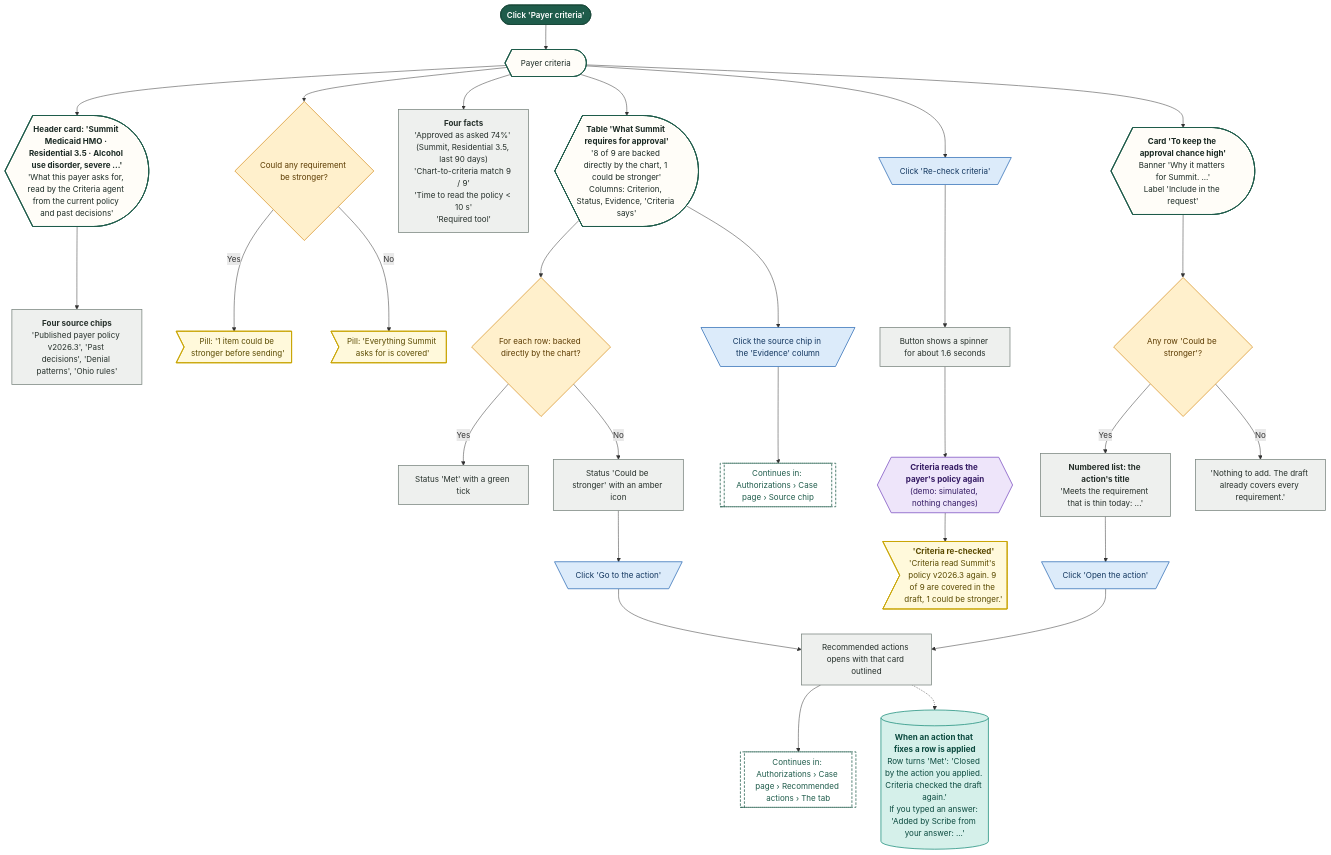
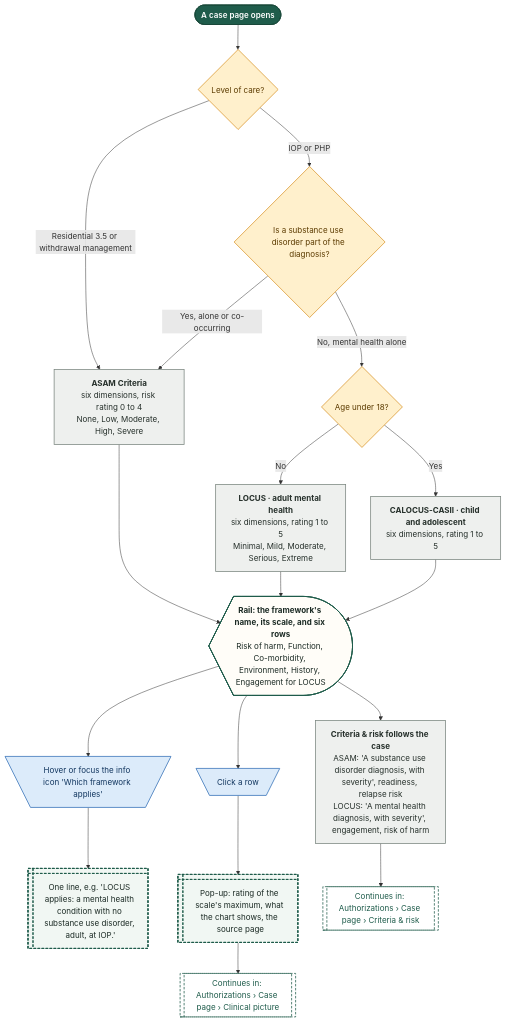
Diagram 27 of 34 in demos/prior-auth-demo/workflows/out/md/03-authorizations.md (Shrav143/psyfloapp), drawn with Mermaid before and after one commit. The commit also changed other lines of this file and 202 other files, not shown here.

First line of the commit message:
docs: round 6 README, CONVENTIONS, spec section 17, diagram module blurbs and 336 rebuilt diagrams

````diff
--- a/demos/prior-auth-demo/workflows/out/md/03-authorizations.md
+++ b/demos/prior-auth-demo/workflows/out/md/03-authorizations.md
@@ -2078,70 +2144,55 @@
 ```mermaid
 %%{init: {"theme":"base","themeVariables":{"fontFamily":"'DM Sans', 'Segoe UI', system-ui, sans-serif","fontSize":"15px","lineColor":"#5B6B63","primaryTextColor":"#1C2B25","clusterBkg":"#FBF8F3","clusterBorder":"#D9CDBB","edgeLabelBackground":"#FFFFFF"},"flowchart":{"curve":"basis","nodeSpacing":36,"rankSpacing":48,"padding":12,"htmlLabels":true,"useMaxWidth":false,"wrappingWidth":230}} }%%
 flowchart TD
   classDef k_start fill:#1F5C4B,stroke:#174638,color:#FFFFFF,stroke-width:1.5px,font-weight:600
   classDef k_end fill:#DDEFE3,stroke:#2E7D4F,color:#14502F,stroke-width:1.5px,font-weight:600
   classDef k_endx fill:#FBE3E0,stroke:#C0392B,color:#7A1F16,stroke-width:1.5px,font-weight:600
   classDef k_screen fill:#FFFDF8,stroke:#1F5C4B,color:#1C2B25,stroke-width:2px
   classDef k_overlay fill:#F1F7F3,stroke:#1F5C4B,color:#1C2B25,stroke-width:2px,stroke-dasharray:5 3
   classDef k_click fill:#DCEBFA,stroke:#2F6DB5,color:#12365F,stroke-width:1.5px
   classDef k_input fill:#E4E7FF,stroke:#4C5FD5,color:#1D2670,stroke-width:1.5px
   classDef k_process fill:#EEF0EE,stroke:#7A857F,color:#26302B,stroke-width:1.5px
   classDef k_agent fill:#EEE5FA,stroke:#7A4FC2,color:#341A63,stroke-width:1.5px
   classDef k_decision fill:#FFF0CC,stroke:#D9962B,color:#5C3B00,stroke-width:1.5px
   classDef k_store fill:#D5F0EA,stroke:#1C8E7B,color:#0B4A3F,stroke-width:1.5px
   classDef k_doc fill:#F6E9DC,stroke:#B07A4C,color:#4A2E14,stroke-width:1.5px
   classDef k_ext fill:#FFE6D2,stroke:#E07B39,color:#6B2F06,stroke-width:1.5px
   classDef k_wait fill:#E4E8EE,stroke:#6B7C93,color:#26303D,stroke-width:1.5px
   classDef k_toast fill:#FFF9DB,stroke:#C9A400,color:#5A4A00,stroke-width:1.5px
   classDef k_goto fill:#FFFFFF,stroke:#1F5C4B,color:#1F5C4B,stroke-width:1.5px,stroke-dasharray:5 3
-  s1@{ shape: stadium, label: "Click 'Payer criteria'" }
-  pc@{ shape: curv-trap, label: "Payer criteria" }
-  hd@{ shape: curv-trap, label: "<b>Header card: 'Summit Medicaid HMO · Residential 3.5 · Alcohol use disorder, severe ...'</b><br/>'What this payer asks for, read by the Criteria agent from the current policy and past decisions'" }
-  ch@{ shape: rect, label: "<b>Four source chips</b><br/>'Published payer policy v2026.3', 'Past decisions', 'Denial patterns', 'Ohio rules'" }
-  dO@{ shape: diam, label: "Could any requirement be stronger?" }
-  p1@{ shape: odd, label: "Pill: '1 item could be stronger before sending'" }
-  p2@{ shape: odd, label: "Pill: 'Everything Summit asks for is covered'" }
-  fc@{ shape: rect, label: "<b>Four facts</b><br/>'Approved as asked 74%' (Summit, Residential 3.5, last 90 days)<br/>'Chart-to-criteria match 9 / 9'<br/>'Time to read the policy < 10 s'<br/>'Required tool'" }
-  tb@{ shape: curv-trap, label: "<b>Table 'What Summit requires for approval'</b><br/>'8 of 9 are backed directly by the chart, 1 could be stronger'<br/>Columns: Criterion, Status, Evidence, 'Criteria says'" }
-  dR@{ shape: diam, label: "For each row: backed directly by the chart?" }
-  met@{ shape: rect, label: "Status 'Met' with a green tick" }
-  weak@{ shape: rect, label: "Status 'Could be stronger' with an amber icon" }
-  ga@{ shape: trap-t, label: "Click 'Go to the action'" }
-  dl@{ shape: rect, label: "Recommended actions opens with that card outlined" }
-  ev@{ shape: trap-t, label: "Click the source chip in the 'Evidence' column" }
-  rc@{ shape: trap-t, label: "Click 'Re-check criteria'" }
-  bz@{ shape: rect, label: "Button shows a spinner for about 1.6 seconds" }
-  cr@{ shape: hex, label: "<b>Criteria reads the payer's policy again</b><br/>(demo: simulated, nothing changes)" }
-  tr@{ shape: odd, label: "<b>'Criteria re-checked'</b><br/>'Criteria read Summit's policy v2026.3 again. 9 of 9 are covered in the draft, 1 could be stronger.'" }
-  kh@{ shape: curv-trap, label: "<b>Card 'To keep the approval chance high'</b><br/>Banner 'Why it matters for Summit. ...'<br/>Label 'Include in the request'" }
-  dN@{ shape: diam, label: "Any row 'Could be stronger'?" }
-  li@{ shape: rect, label: "<b>Numbered list: the action's title</b><br/>'Meets the requirement that is thin today: ...'" }
-  oa@{ shape: trap-t, label: "Click 'Open the action'" }
-  no@{ shape: rect, label: "'Nothing to add. The draft already covers every requirement.'" }
-  ap@{ shape: cyl, label: "<b>When an action that fixes a row is applied</b><br/>Row turns 'Met': 'Closed by the action you applied. Criteria checked the draft again.'<br/>If you typed an answer: 'Added by Scribe from your answer: ...'" }
-  g1@{ shape: subproc, label: "Continues in: Authorizations › Case page › Source chip" }
-  g2@{ shape: subproc, label: "Continues in: Authorizations › Case page › Recommended actions › The tab" }
-  s1 --> pc --> hd --> ch
-  pc --> dO
-  dO -->|"Yes"| p1
-  dO -->|"No"| p2
-  pc --> fc
-  pc --> tb --> dR
-  dR -->|"Yes"| met
-  dR -->|"No"| weak --> ga --> dl --> g2
-  tb --> ev --> g1
-  pc --> rc --> bz --> cr --> tr
-  pc --> kh --> dN
-  dN -->|"Yes"| li --> oa --> dl
-  dN -->|"No"| no
-  dl -.-> ap
+  s1@{ shape: stadium, label: "A case page opens" }
+  d1@{ shape: diam, label: "Level of care?" }
+  d2@{ shape: diam, label: "Is a substance use disorder part of the diagnosis?" }
+  d3@{ shape: diam, label: "Age under 18?" }
+  as@{ shape: rect, label: "<b>ASAM Criteria</b><br/>six dimensions, risk rating 0 to 4<br/>None, Low, Moderate, High, Severe" }
+  lo@{ shape: rect, label: "<b>LOCUS · adult mental health</b><br/>six dimensions, rating 1 to 5<br/>Minimal, Mild, Moderate, Serious, Extreme" }
+  ca@{ shape: rect, label: "<b>CALOCUS-CASII · child and adolescent</b><br/>six dimensions, rating 1 to 5" }
+  rl@{ shape: curv-trap, label: "<b>Rail: the framework's name, its scale, and six rows</b><br/>Risk of harm, Function, Co-morbidity, Environment, History, Engagement for LOCUS" }
+  it@{ shape: trap-t, label: "Hover or focus the info icon 'Which framework applies'" }
+  why@{ shape: win-pane, label: "One line, e.g. 'LOCUS applies: a mental health condition with no substance use disorder, adult, at IOP.'" }
+  row@{ shape: trap-t, label: "Click a row" }
+  pop@{ shape: win-pane, label: "Pop-up: rating of the scale's maximum, what the chart shows, the source page" }
+  cr@{ shape: rect, label: "<b>Criteria & risk follows the case</b><br/>ASAM: 'A substance use disorder diagnosis, with severity', readiness, relapse risk<br/>LOCUS: 'A mental health diagnosis, with severity', engagement, risk of harm" }
+  g1@{ shape: subproc, label: "Continues in: Authorizations › Case page › Criteria & risk" }
+  g2@{ shape: subproc, label: "Continues in: Authorizations › Case page › Clinical picture" }
+  s1 --> d1
+  d1 -->|"Residential 3.5 or withdrawal management"| as
+  d1 -->|"IOP or PHP"| d2
+  d2 -->|"Yes, alone or co-occurring"| as
+  d2 -->|"No, mental health alone"| d3
+  d3 -->|"No"| lo
+  d3 -->|"Yes"| ca
+  as --> rl
+  lo --> rl
+  ca --> rl
+  rl --> it --> why
+  rl --> row --> pop --> g2
+  rl --> cr --> g1
   class s1 k_start
-  class pc,hd,tb,kh k_screen
-  class ch,fc,met,weak,dl,bz,li,no k_process
-  class dO,dR,dN k_decision
-  class p1,p2,tr k_toast
-  class ga,ev,rc,oa k_click
-  class cr k_agent
-  class ap k_store
+  class d1,d2,d3 k_decision
+  class as,lo,ca,cr k_process
+  class rl k_screen
+  class it,row k_click
+  class why,pop k_overlay
   class g1,g2 k_goto
 ```
````
